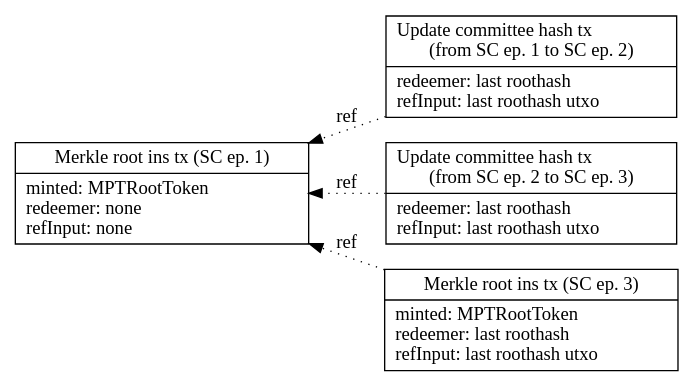
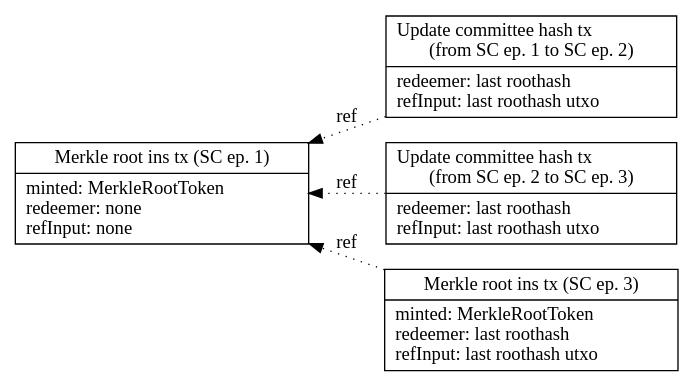
Before and after one commit to input-output-hk/partner-chains-smart-contracts: the diagram in docs/Spec/MRChain-empty.dot, drawn with Graphviz. The commit also changed 31 other files, not shown here.

Commit message:
Refactored `MPTRoot` to `MerkleRoot`, `mptRoot` to `merkleRoot`, `MptRoot` to `MerkleRoot`, and `MPT` to `Merkle`. Also, updated the onchain scripts to correspond to the new renamed script.

```diff
--- a/docs/Spec/MRChain-empty.dot
+++ b/docs/Spec/MRChain-empty.dot
@@ -1,37 +1,37 @@
 strict digraph {
   rankdir="RL"
 
   node [shape=record]
 
   mRoot1 [label =
     "Merkle root ins tx (SC ep. 1) |
-      minted: MPTRootToken\l
+      minted: MerkleRootToken\l
       redeemer: none\l
       refInput: none\l
     "]
 
   cHashUpd1 [label =
     "Update committee hash tx\l
       (from SC ep. 1 to SC ep. 2) |
       redeemer: last roothash\l
       refInput: last roothash utxo\l
     "]
 
   cHashUpd2 [label =
     "Update committee hash tx\l
       (from SC ep. 2 to SC ep. 3) |
       redeemer: last roothash\l
       refInput: last roothash utxo\l
     "]
 
   mRoot2 [label =
     "Merkle root ins tx (SC ep. 3) |
-      minted: MPTRootToken\l
+      minted: MerkleRootToken\l
       redeemer: last roothash\l
       refInput: last roothash utxo\l
     "]
 
   mRoot2 -> mRoot1 [label = "ref", style = dotted]
   cHashUpd1 -> mRoot1 [label = "ref", style = dotted]
   cHashUpd2 -> mRoot1 [label = "ref", style = dotted]
 }
```
